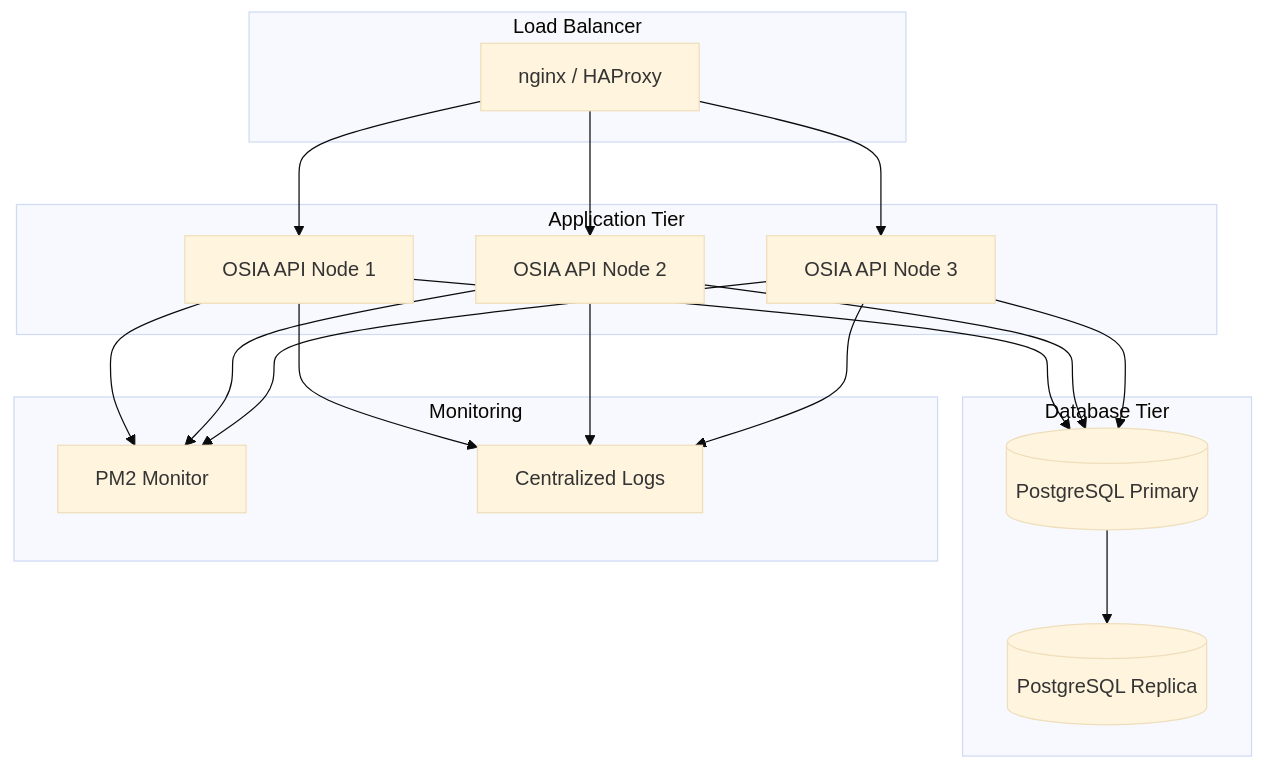
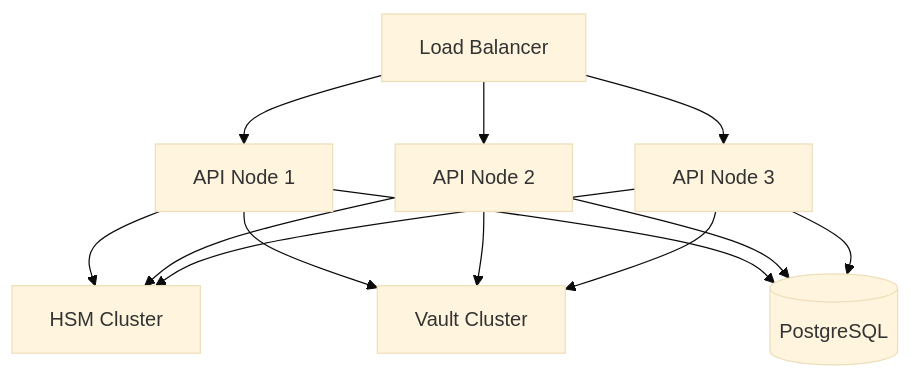
One commit to tunjidurodola/osia_uin_generator changed the fifth of 5 diagrams in README.md. Above: the diagram before and after it, drawn with Mermaid (base theme). The commit also changed other lines of this file and 3 other files, not shown here.

````diff
--- a/README.md
+++ b/README.md
@@ -634,40 +564,18 @@
 ```mermaid
 graph TB
-    subgraph "Load Balancer"
-        LB[nginx / HAProxy]
-    end
+    LB[Load Balancer] --> API1[API Node 1]
+    LB --> API2[API Node 2]
+    LB --> API3[API Node 3]
 
-    subgraph "Application Tier"
-        API1[OSIA API Node 1]
-        API2[OSIA API Node 2]
-        API3[OSIA API Node 3]
-    end
+    API1 --> HSM[HSM Cluster]
+    API2 --> HSM
+    API3 --> HSM
 
-    subgraph "Database Tier"
-        PG_PRIMARY[(PostgreSQL Primary)]
-        PG_REPLICA[(PostgreSQL Replica)]
-    end
+    API1 --> VAULT[Vault Cluster]
+    API2 --> VAULT
+    API3 --> VAULT
 
-    subgraph "Monitoring"
-        PM2[PM2 Monitor]
-        LOGS[Centralized Logs]
-    end
-
-    LB --> API1
-    LB --> API2
-    LB --> API3
-
-    API1 --> PG_PRIMARY
-    API2 --> PG_PRIMARY
-    API3 --> PG_PRIMARY
-
-    PG_PRIMARY --> PG_REPLICA
-
-    API1 --> PM2
-    API2 --> PM2
-    API3 --> PM2
-
-    API1 --> LOGS
-    API2 --> LOGS
-    API3 --> LOGS
+    API1 --> DB[(PostgreSQL)]
+    API2 --> DB
+    API3 --> DB
 ```
````
